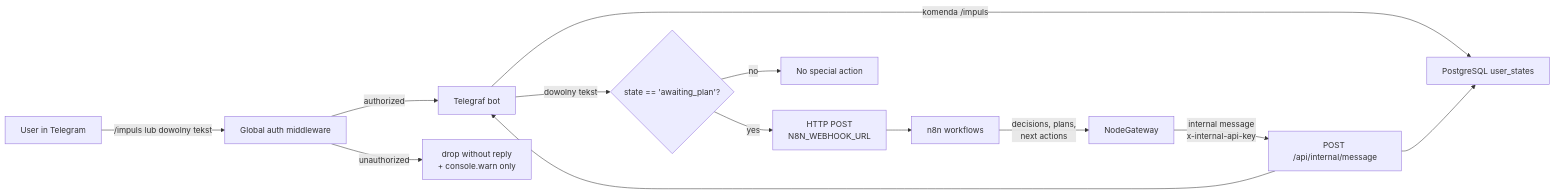
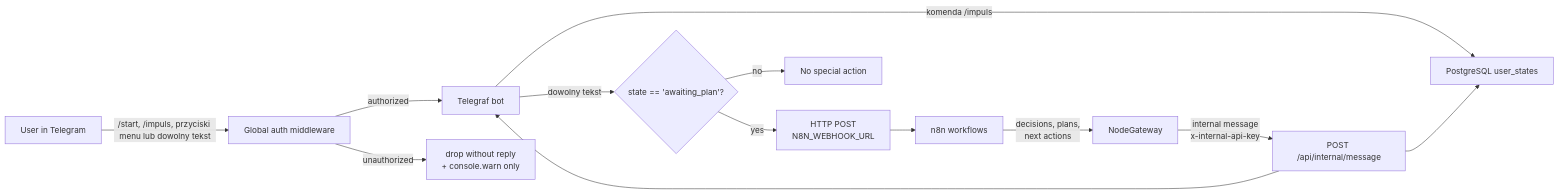
One commit to LuoXiahong/automation-gateway changed the second of 2 diagrams in docs/ARCHITECTURE.md. Above: the diagram before and after it, drawn with Mermaid. The commit also changed other lines of this file and 2 other files, not shown here.

Commit message:
docs: restore ADR-004, README and ARCHITECTURE for /start menu

````diff
--- a/docs/ARCHITECTURE.md
+++ b/docs/ARCHITECTURE.md
@@ -42,18 +42,18 @@
 ```mermaid
 flowchart LR
-    TelegramUser["User in Telegram"] -->|/impuls lub dowolny tekst| Auth["Global auth middleware"]
+    TelegramUser["User in Telegram"] -->|/start, /impuls, przyciski menu lub dowolny tekst| Auth["Global auth middleware"]
     Auth -->|authorized| NGTelegraf["Telegraf bot"]
     Auth -->|unauthorized| Dropped["drop without reply\n+ console.warn only"]
 
     NGTelegraf -->|komenda /impuls| NGDB["PostgreSQL user_states"]
 
     NGTelegraf -->|dowolny tekst| CheckState{"state == 'awaiting_plan'?"}
     CheckState -- no --> NGIdle[No special action]
     CheckState -- yes --> NGWebhook[HTTP POST\nN8N_WEBHOOK_URL]
 
     NGWebhook --> N8N[n8n workflows]
     N8N -->|decisions, plans,\nnext actions| NodeGateway
     NodeGateway -->|internal message\nx-internal-api-key| NGInternalAPI[POST /api/internal/message]
     NGInternalAPI --> NGTelegraf
     NGInternalAPI --> NGDB
 ```
````
